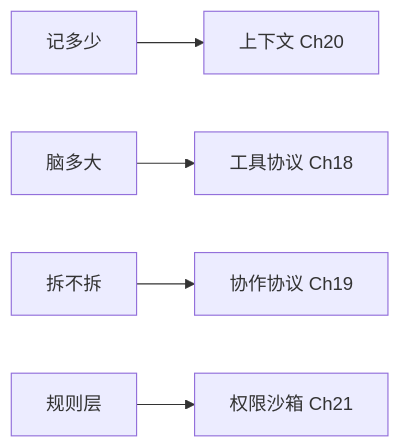
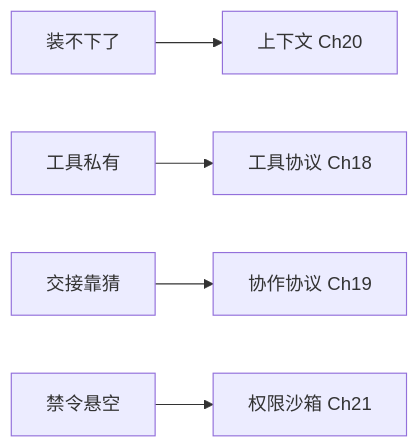
One commit to Laughingtt/agentkit changed the second of 2 diagrams in part-3-agent原理/ch16-小结与衔接.md. Above: the diagram before and after it, drawn with Mermaid. The commit also changed other lines of this file, not shown here.

First line of the commit message:
Ch16：交接图接错了边，两张 ASCII 图对齐，去掉一个兑现不了的指引

````diff
--- a/part-3-agent原理/ch16-小结与衔接.md
+++ b/part-3-agent原理/ch16-小结与衔接.md
@@ -173,7 +173,7 @@
 ```mermaid
 graph LR
-    Q1[记多少] --> B1[上下文 Ch20]
-    Q2[脑多大] --> B2[工具协议 Ch18]
-    Q3[拆不拆] --> B3[协作协议 Ch19]
-    R[规则层] --> B4[权限沙箱 Ch21]
+    Q1[装不下了] --> B1[上下文 Ch20]
+    Q2[工具私有] --> B2[工具协议 Ch18]
+    Q3[交接靠猜] --> B3[协作协议 Ch19]
+    Q4[禁令悬空] --> B4[权限沙箱 Ch21]
 ```
````
